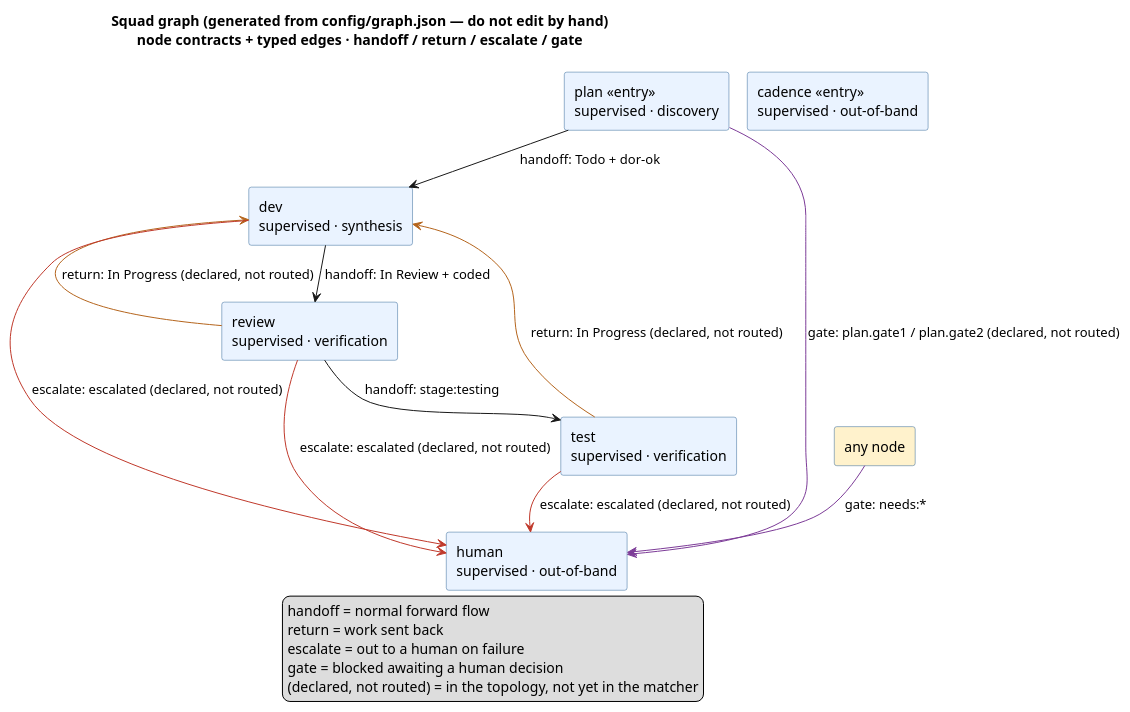
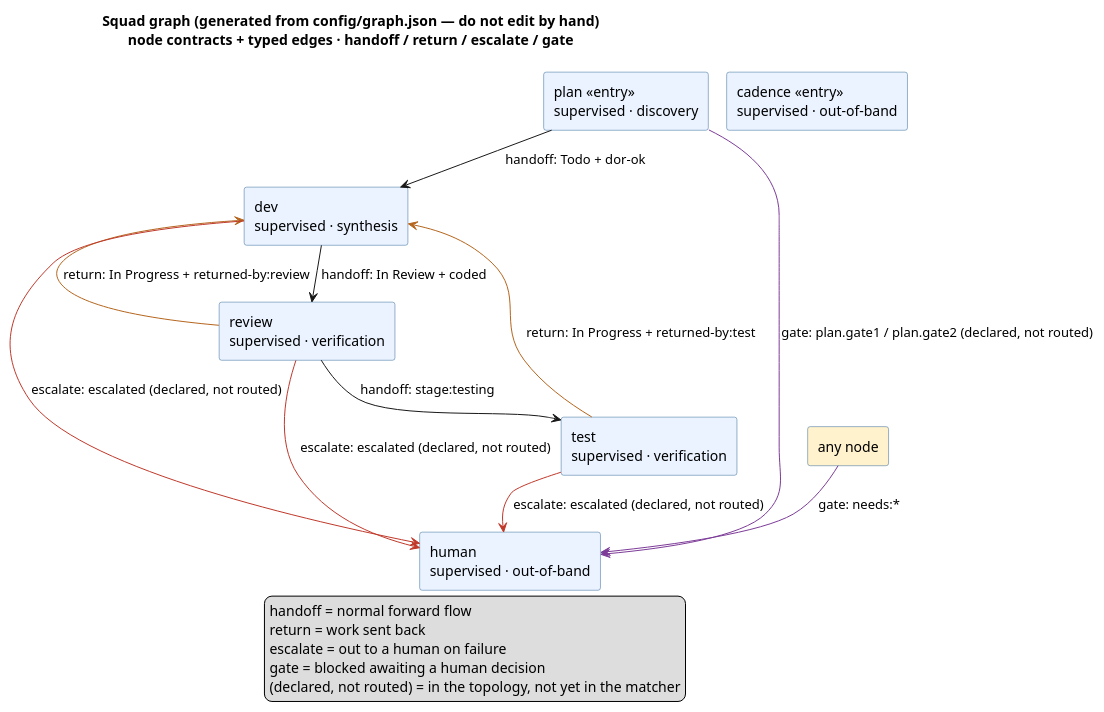
The diagram in docs/diagrams/07_squad_graph.puml (joint-hubs/linear-agents), drawn with PlantUML before and after one commit. The commit also changed 7 other files, not shown here.

```diff
--- a/docs/diagrams/07_squad_graph.puml
+++ b/docs/diagrams/07_squad_graph.puml
@@ -1,38 +1,38 @@
 @startuml
 !pragma layout smetana
 title Squad graph (generated from config/graph.json — do not edit by hand)\nnode contracts + typed edges · handoff / return / escalate / gate
 
 skinparam rectangle {
   BackgroundColor #EAF3FF
   BorderColor #336699
   FontName Helvetica
 }
 
 rectangle "plan «entry»\nsupervised · discovery" as plan
 rectangle "dev\nsupervised · synthesis" as dev
 rectangle "review\nsupervised · verification" as review
 rectangle "test\nsupervised · verification" as test
 rectangle "cadence «entry»\nsupervised · out-of-band" as cadence
 rectangle "human\nsupervised · out-of-band" as human
 
 rectangle "any node" as ANY #FFF2CC
 
 ANY -[#7D3C98]-> human : gate: needs:*
 plan --> dev : handoff: Todo + dor-ok
 dev --> review : handoff: In Review + coded
 review --> test : handoff: stage:testing
-review -[#B5651D]-> dev : return: In Progress (declared, not routed)
-test -[#B5651D]-> dev : return: In Progress (declared, not routed)
+review -[#B5651D]-> dev : return: In Progress + returned-by:review
+test -[#B5651D]-> dev : return: In Progress + returned-by:test
 dev -[#C0392B]-> human : escalate: escalated (declared, not routed)
 review -[#C0392B]-> human : escalate: escalated (declared, not routed)
 test -[#C0392B]-> human : escalate: escalated (declared, not routed)
 plan -[#7D3C98]-> human : gate: plan.gate1 / plan.gate2 (declared, not routed)
 
 legend right
   handoff = normal forward flow
   return = work sent back
   escalate = out to a human on failure
   gate = blocked awaiting a human decision
   (declared, not routed) = in the topology, not yet in the matcher
 end legend
 @enduml
```
